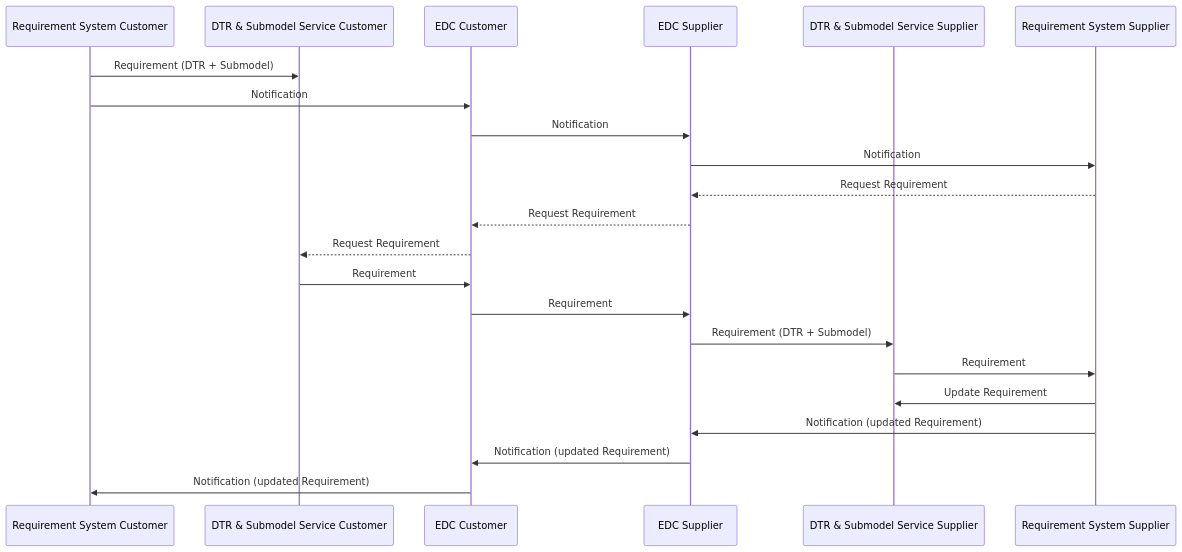
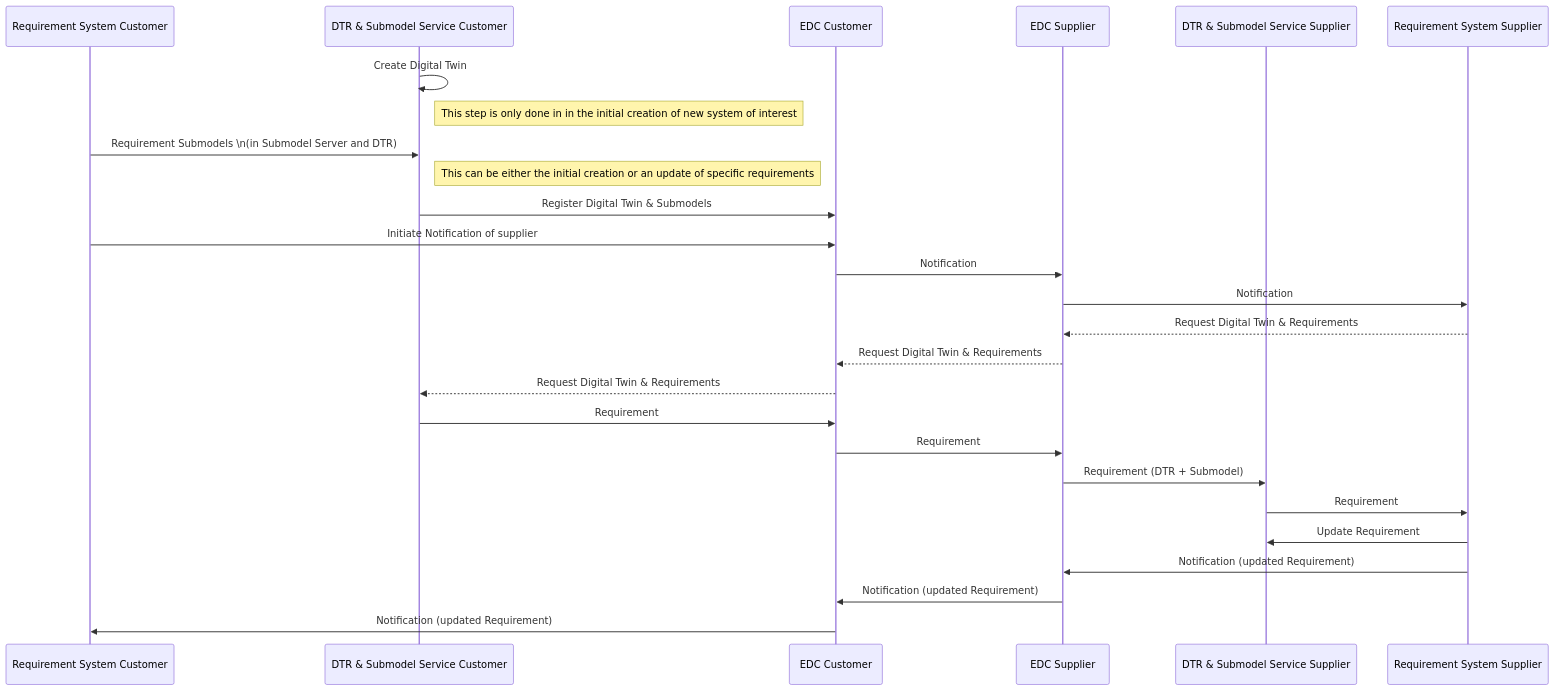
Before and after one commit to catenax-eV/catenax-ev.github.io: the second of 2 diagrams in docs/standards/CX-0155-RequirementsEngineering/CX-0155-RequirementsEngineering.md, drawn with Mermaid. The commit also changed other lines of this file and 247 other files, not shown here.

````diff
--- a/docs/standards/CX-0155-RequirementsEngineering/CX-0155-RequirementsEngineering.md
+++ b/docs/standards/CX-0155-RequirementsEngineering/CX-0155-RequirementsEngineering.md
@@ -132,34 +142,36 @@
 ```mermaid
-
 sequenceDiagram
     participant oemReqSys as Requirement System Customer
     participant oemDtr as DTR & Submodel Service Customer
     participant oemEDC as EDC Customer
 
     participant supEDC as EDC Supplier
     participant supDtr as DTR & Submodel Service Supplier
     participant supReqSys as Requirement System Supplier
 
-    oemReqSys->>oemDtr: Requirement (DTR + Submodel)
-    oemReqSys->>oemEDC: Notification
+    oemDtr->>oemDtr: Create Digital Twin 
+    Note right of oemDtr: This step is only done in in the initial creation of new system of interest
+    oemReqSys->>oemDtr: Requirement Submodels \n(in Submodel Server and DTR)
+   Note right of oemDtr: This can be either the initial creation or an update of specific requirements
+    oemDtr->>oemEDC: Register Digital Twin & Submodels
+    
+    oemReqSys->>oemEDC: Initiate Notification of supplier
     oemEDC->>supEDC: Notification
     supEDC->>supReqSys: Notification
-    supReqSys-->>supEDC: Request Requirement
-
-
-    supEDC-->>oemEDC: Request Requirement
-    oemEDC-->>oemDtr: Request Requirement
+    
+    supReqSys-->>supEDC: Request Digital Twin & Requirements
+    supEDC-->>oemEDC: Request Digital Twin & Requirements
+    oemEDC-->>oemDtr: Request Digital Twin & Requirements
 
     oemDtr->>oemEDC: Requirement
 
     oemEDC->>supEDC: Requirement
     supEDC->>supDtr: Requirement (DTR + Submodel)
 
     supDtr->>supReqSys: Requirement
 
     supReqSys->>supDtr: Update Requirement
     supReqSys->>supEDC: Notification (updated Requirement)
     supEDC->>oemEDC: Notification (updated Requirement)
     oemEDC->>oemReqSys: Notification (updated Requirement)
-
 ```
````
